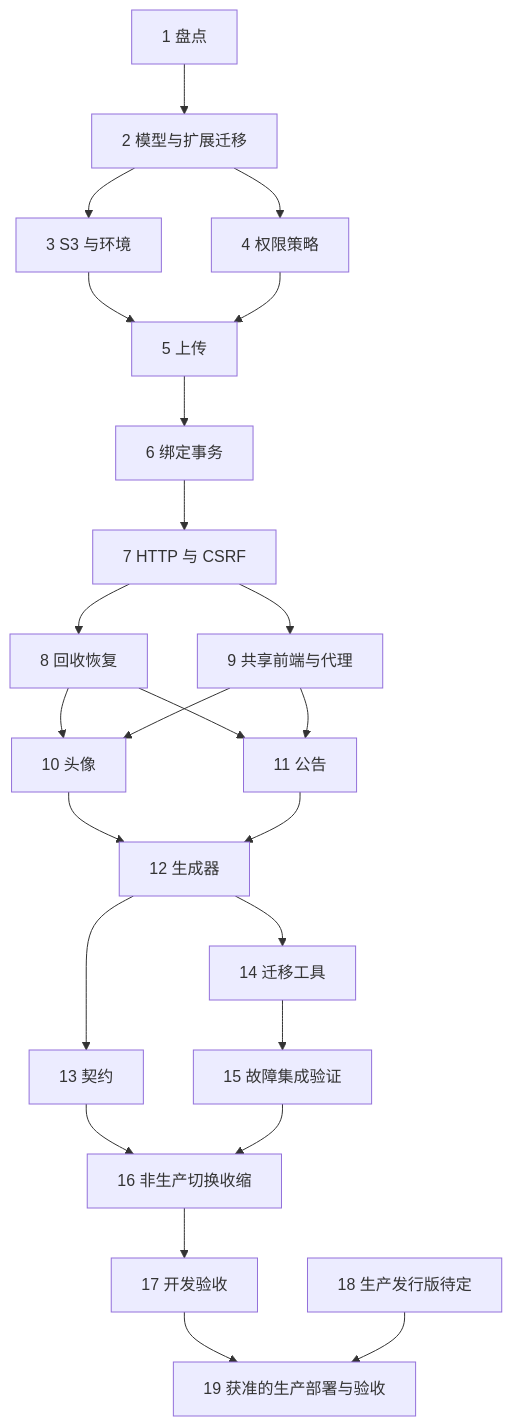
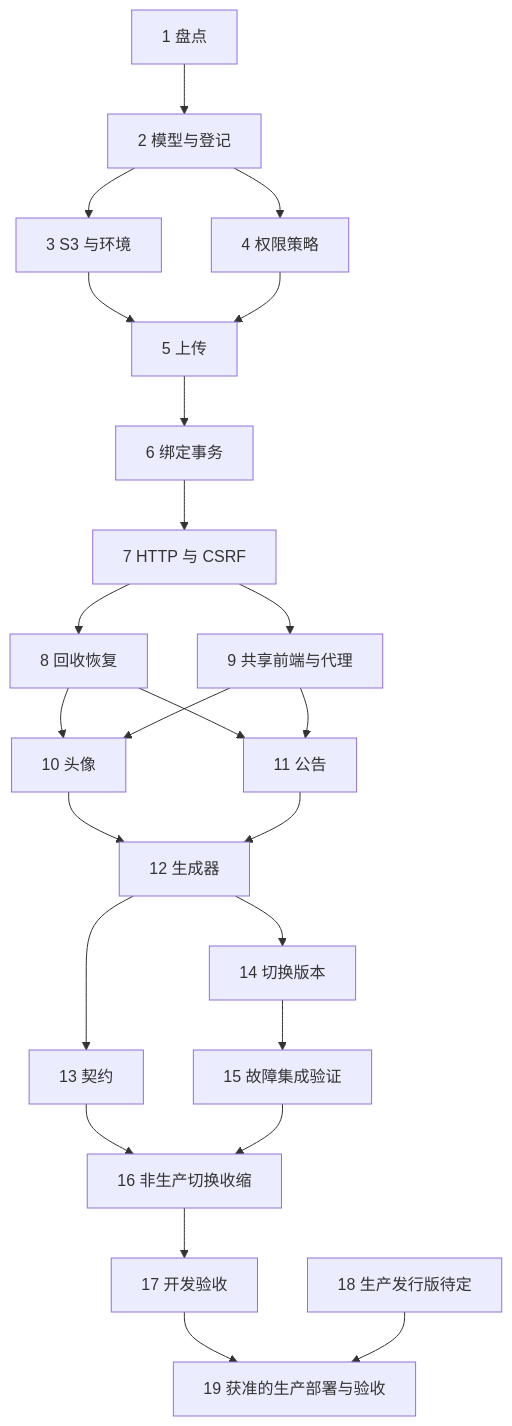
Before and after one commit to marshal-zheng/RuoYi-Vue3-FastAPI: the diagram in docs/specs/file-assets-minio/tasks.md, drawn with Mermaid. The commit also changed other lines of this file and 326 other files, not shown here.

````diff
--- a/docs/specs/file-assets-minio/tasks.md
+++ b/docs/specs/file-assets-minio/tasks.md
@@ -214,26 +230,26 @@
 ```mermaid
 flowchart TD
-  T1[1 盘点] --> T2[2 模型与扩展迁移]
+  T1[1 盘点] --> T2[2 模型与登记]
   T2 --> T3[3 S3 与环境]
   T2 --> T4[4 权限策略]
   T3 --> T5[5 上传]
   T4 --> T5
   T5 --> T6[6 绑定事务]
   T6 --> T7[7 HTTP 与 CSRF]
   T7 --> T8[8 回收恢复]
   T7 --> T9[9 共享前端与代理]
   T8 --> T10[10 头像]
   T8 --> T11[11 公告]
   T9 --> T10
   T9 --> T11
   T10 --> T12[12 生成器]
   T11 --> T12
   T12 --> T13[13 契约]
-  T12 --> T14[14 迁移工具]
+  T12 --> T14[14 切换版本]
   T14 --> T15[15 故障集成验证]
   T13 --> T16[16 非生产切换收缩]
   T15 --> T16
   T16 --> T17[17 开发验收]
   T17 --> T19[19 获准的生产部署与验收]
   T18[18 生产发行版待定] --> T19
 ```
````
